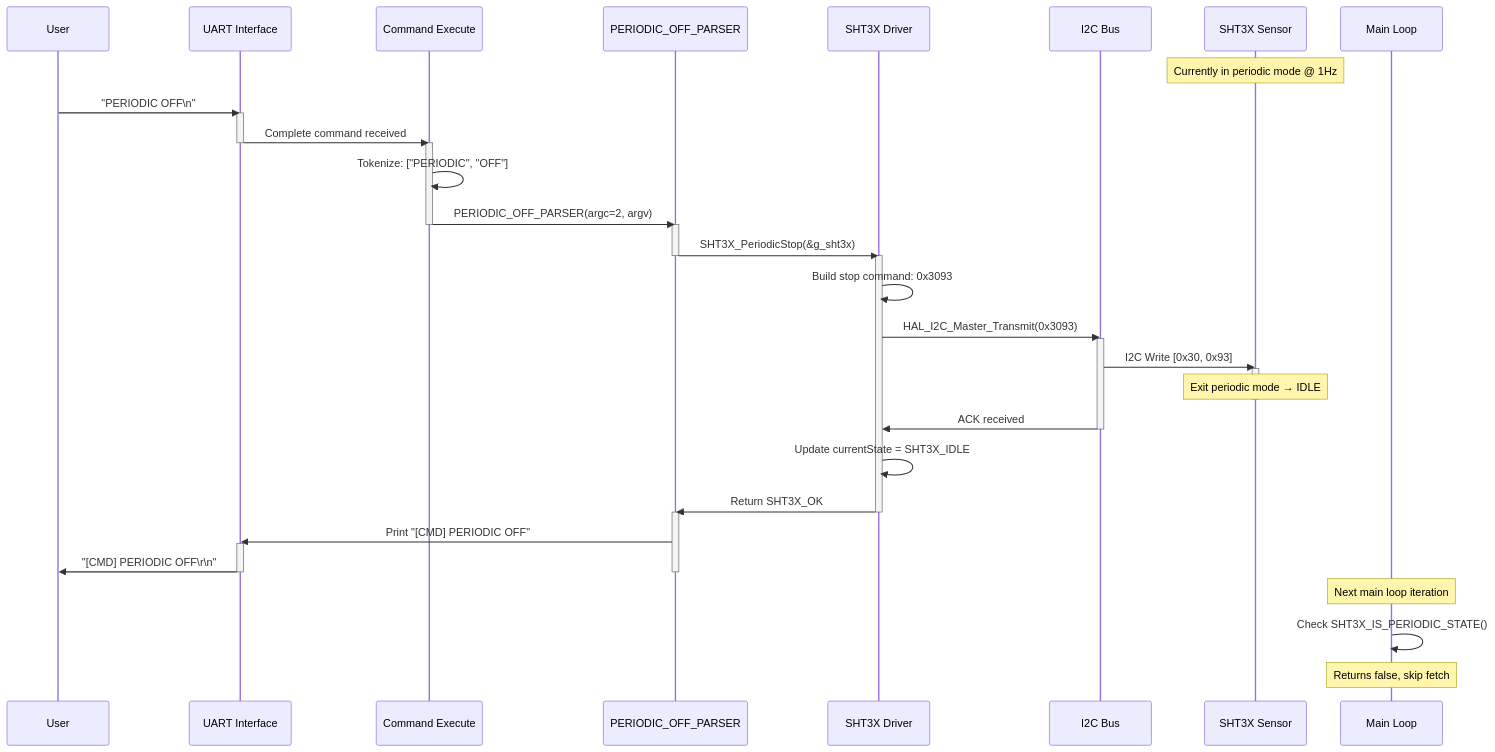
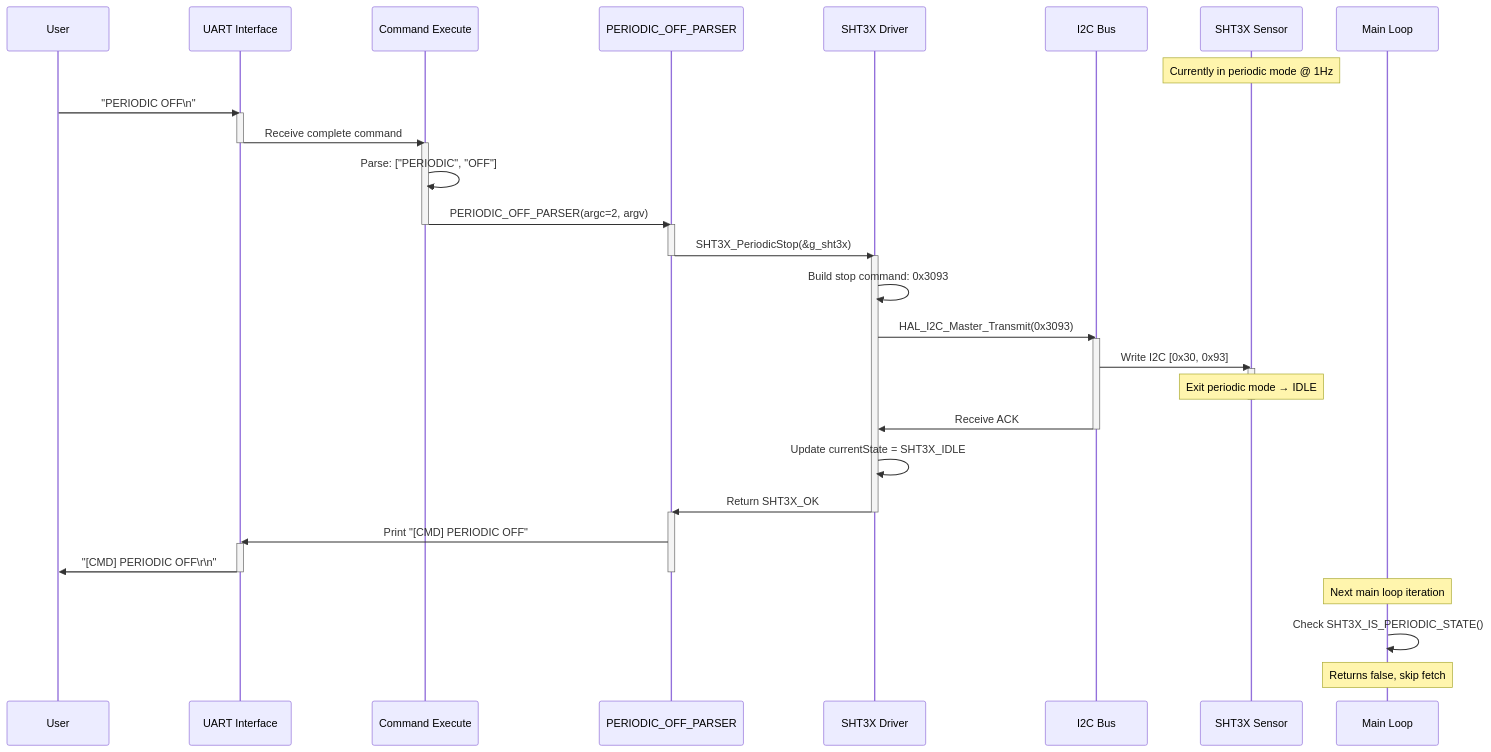
Before and after one commit to meeTeam05/datalogger: the third of 8 diagrams in documents/stm32/SEQUENCE_DIAGRAM_STM32.md, drawn with Mermaid. The commit also changed other lines of this file, not shown here.

Commit message:
fix(docs): update sequence diagram content and formatting for clarity in SEQUENCE_DIAGRAM_STM32.md

````diff
--- a/documents/stm32/SEQUENCE_DIAGRAM_STM32.md
+++ b/documents/stm32/SEQUENCE_DIAGRAM_STM32.md
@@ -211,53 +211,53 @@
 ```mermaid
 sequenceDiagram
-    participant User
+    participant User as User
     participant UART as UART Interface
     participant CmdExec as Command Execute
     participant Parser as PERIODIC_OFF_PARSER
     participant Driver as SHT3X Driver
     participant I2C as I2C Bus
     participant Sensor as SHT3X Sensor
     participant MainLoop as Main Loop
-    
+
     Note over Sensor: Currently in periodic mode @ 1Hz
-    
+
     User->>UART: "PERIODIC OFF\n"
     activate UART
-    UART->>CmdExec: Complete command received
+    UART->>CmdExec: Receive complete command
     deactivate UART
-    
+
     activate CmdExec
-    CmdExec->>CmdExec: Tokenize: ["PERIODIC", "OFF"]
+    CmdExec->>CmdExec: Parse: ["PERIODIC", "OFF"]
     CmdExec->>Parser: PERIODIC_OFF_PARSER(argc=2, argv)
     deactivate CmdExec
-    
+
     activate Parser
     Parser->>Driver: SHT3X_PeriodicStop(&g_sht3x)
     deactivate Parser
-    
+
     activate Driver
     Driver->>Driver: Build stop command: 0x3093
     Driver->>I2C: HAL_I2C_Master_Transmit(0x3093)
     activate I2C
-    I2C->>Sensor: I2C Write [0x30, 0x93]
+    I2C->>Sensor: Write I2C [0x30, 0x93]
     activate Sensor
     Note over Sensor: Exit periodic mode → IDLE
     deactivate Sensor
-    I2C->>Driver: ACK received
+    I2C->>Driver: Receive ACK
     deactivate I2C
-    
+
     Driver->>Driver: Update currentState = SHT3X_IDLE
     Driver->>Parser: Return SHT3X_OK
     deactivate Driver
-    
+
     activate Parser
     Parser->>UART: Print "[CMD] PERIODIC OFF"
     activate UART
     UART->>User: "[CMD] PERIODIC OFF\r\n"
     deactivate UART
     deactivate Parser
-    
+
     Note over MainLoop: Next main loop iteration
     MainLoop->>MainLoop: Check SHT3X_IS_PERIODIC_STATE()
     Note over MainLoop: Returns false, skip fetch
 ```
````
